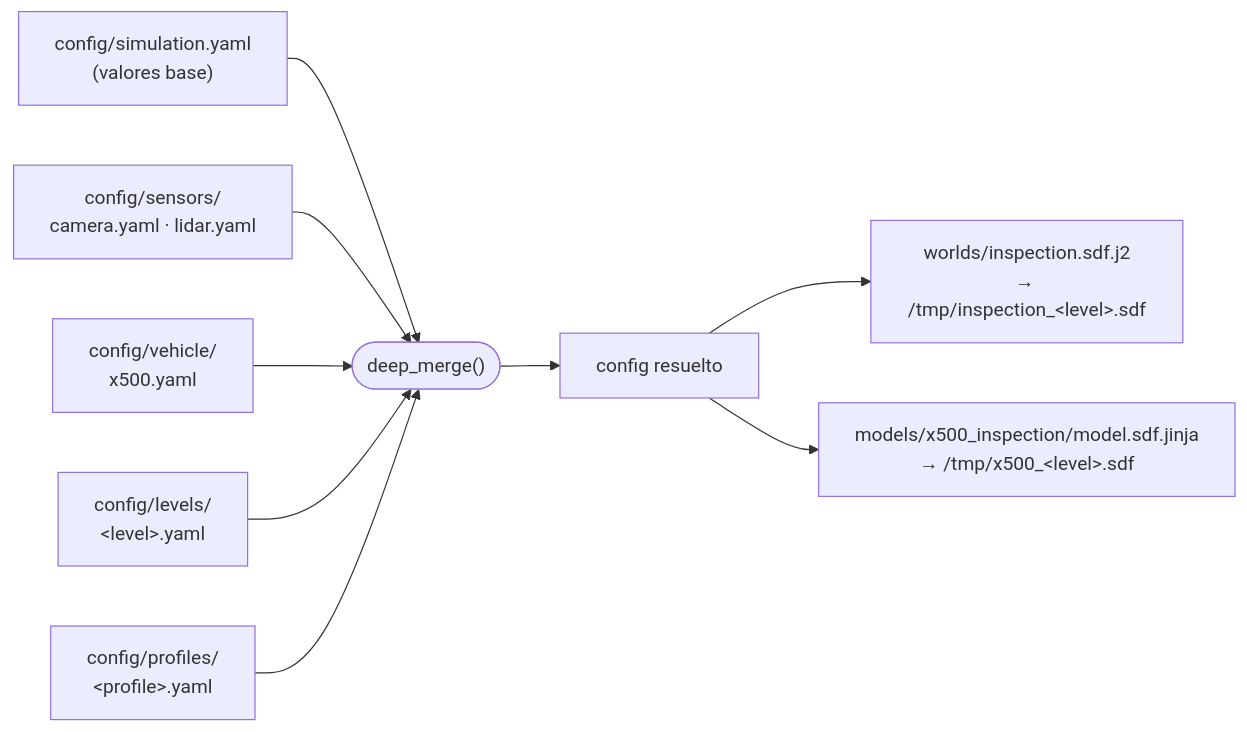
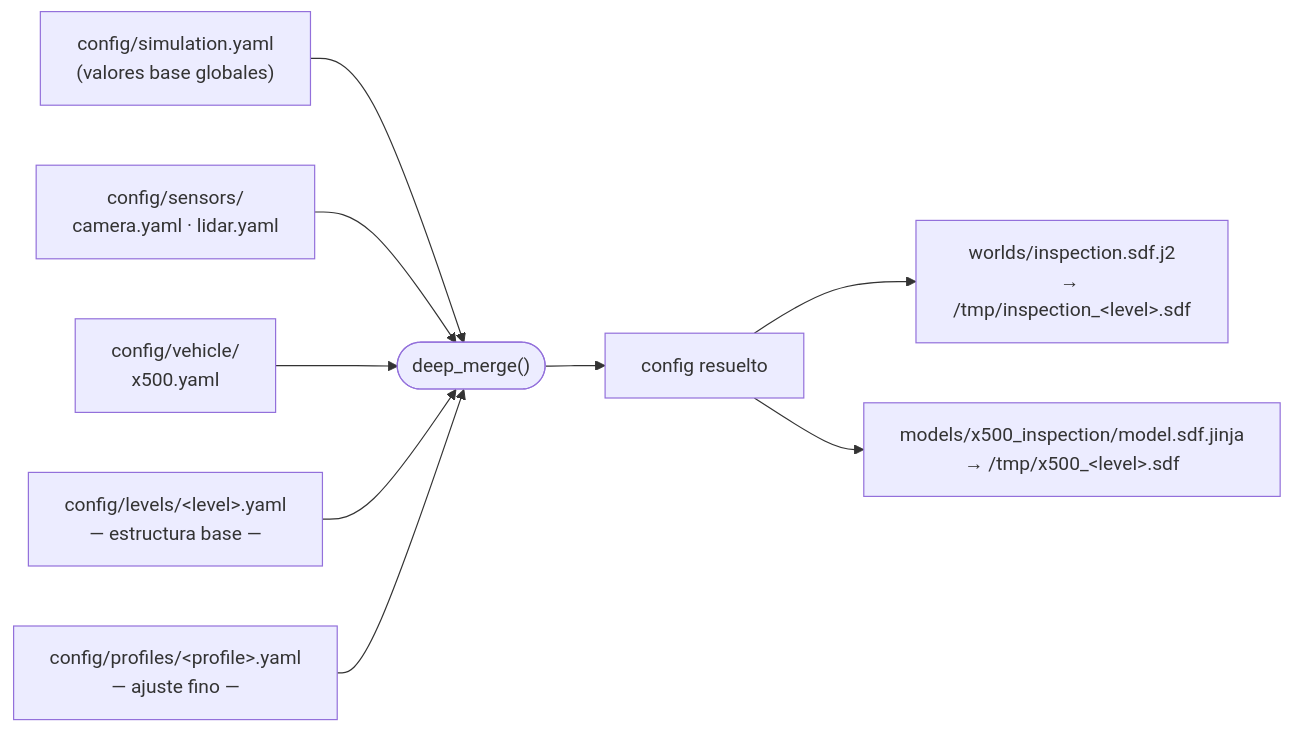
One commit to garaietxebe/alerion_sim changed the second of 2 diagrams in README.md. Above: the diagram before and after it, drawn with Mermaid. The commit also changed other lines of this file and 9 other files, not shown here.

````diff
--- a/README.md
+++ b/README.md
@@ -387,17 +442,17 @@
 ```mermaid
 graph LR
-    A["config/simulation.yaml\n(valores base)"]
+    A["config/simulation.yaml\n(valores base globales)"]
     B["config/sensors/\ncamera.yaml · lidar.yaml"]
     C["config/vehicle/\nx500.yaml"]
-    D["config/levels/\n&lt;level&gt;.yaml"]
-    E["config/profiles/\n&lt;profile&gt;.yaml"]
+    D["config/levels/&lt;level&gt;.yaml\n— estructura base —"]
+    E["config/profiles/&lt;profile&gt;.yaml\n— ajuste fino —"]
 
     A --> M(["deep_merge()"])
     B --> M
     C --> M
     D --> M
     E --> M
     M --> R["config resuelto"]
     R --> J1["worlds/inspection.sdf.j2\n→ /tmp/inspection_&lt;level&gt;.sdf"]
     R --> J2["models/x500_inspection/model.sdf.jinja\n→ /tmp/x500_&lt;level&gt;.sdf"]
 ```
````
